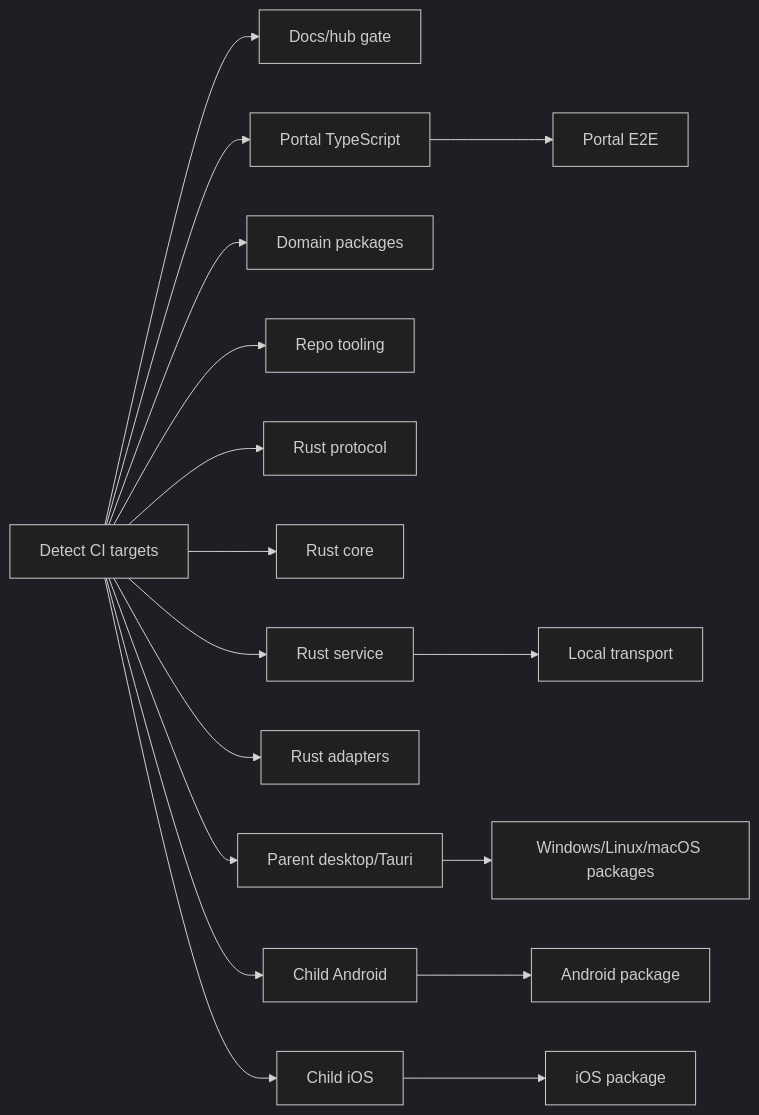
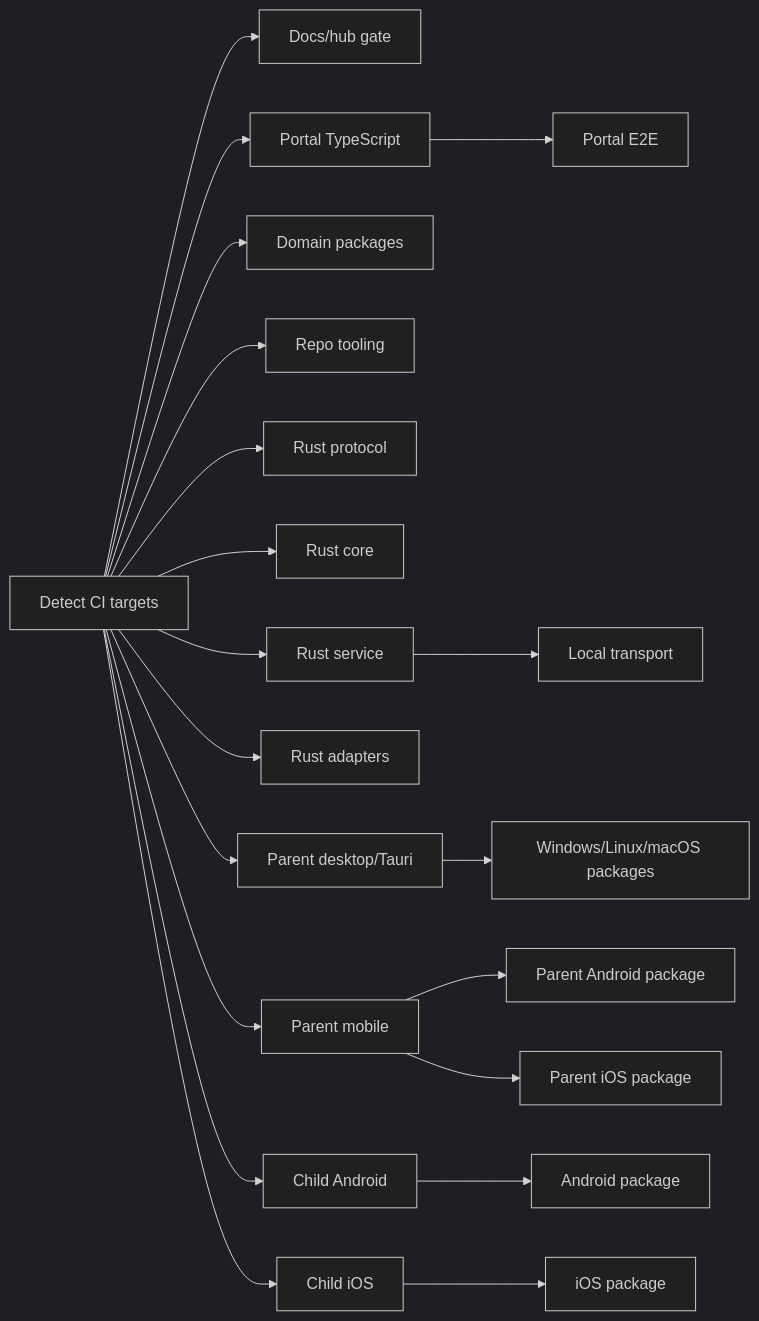
Before and after one commit to ocentra/OcentraParent: the diagram in .github/workflows/README.md, drawn with Mermaid (dark theme). The commit also changed other lines of this file and 38 other files, not shown here.

Commit message:
Add parent mobile package targets

````diff
--- a/.github/workflows/README.md
+++ b/.github/workflows/README.md
@@ -10,19 +10,22 @@
 ```mermaid
 graph LR
   D["Detect CI targets"] --> DOCS["Docs/hub gate"]
   D --> TS["Portal TypeScript"]
   D --> DOM["Domain packages"]
   D --> TOOL["Repo tooling"]
   D --> RP["Rust protocol"]
   D --> RC["Rust core"]
   D --> RS["Rust service"]
   D --> RA["Rust adapters"]
   D --> DESK["Parent desktop/Tauri"]
+  D --> PM["Parent mobile"]
   D --> AND["Child Android"]
   D --> IOS["Child iOS"]
   TS --> E2E["Portal E2E"]
   RS --> LT["Local transport"]
   DESK --> PW["Windows/Linux/macOS packages"]
+  PM --> PMA["Parent Android package"]
+  PM --> PMI["Parent iOS package"]
   AND --> PA["Android package"]
   IOS --> PI["iOS package"]
 ```
````
